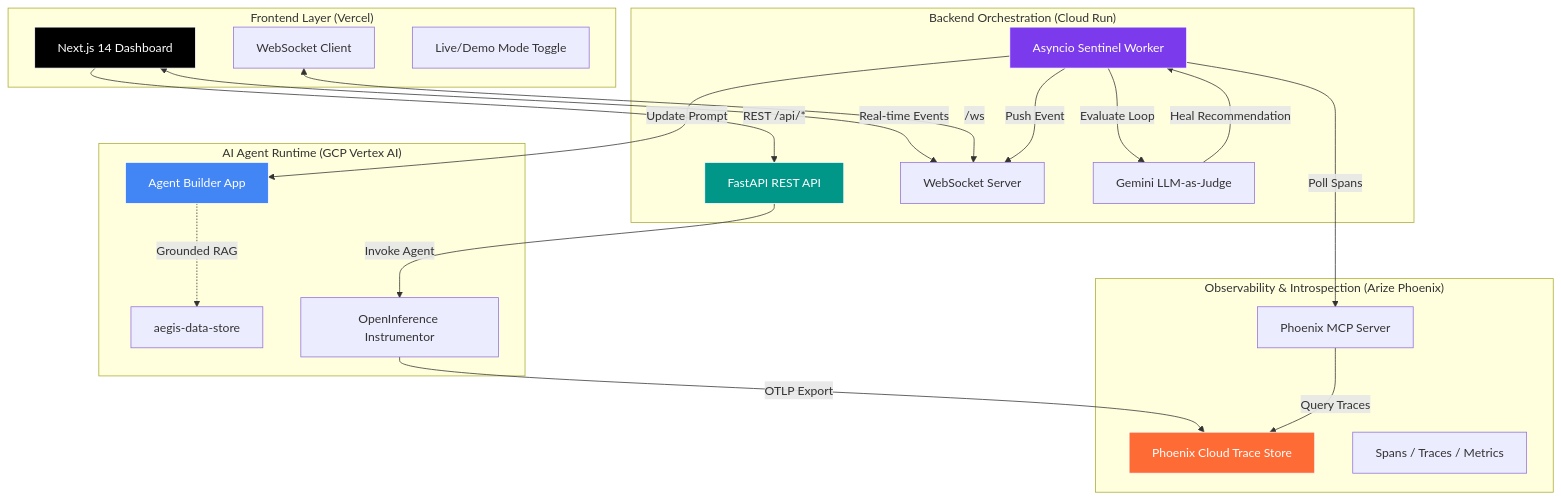
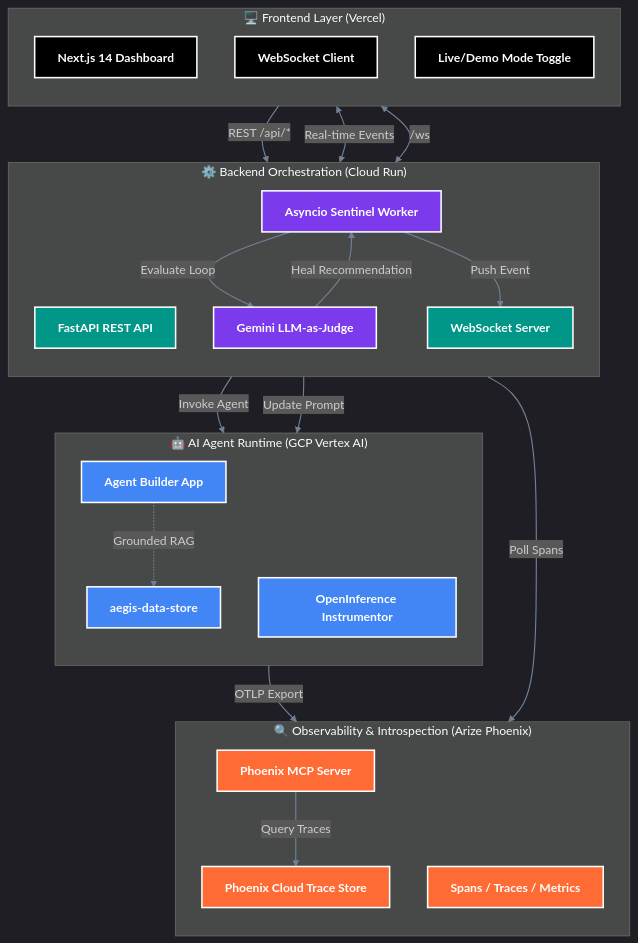
The diagram in README.md (AbhiMishra-Now/AEGIS), drawn with Mermaid before and after one commit.

Commit message:
Refactor system architecture diagram in README

````diff
--- a/README.md
+++ b/README.md
@@ -36,48 +36,55 @@
 ```mermaid
+%%{init: {'theme':'dark', 'themeVariables': { 'primaryColor': '#1a1a2e', 'secondaryColor': '#16213e', 'tertiaryColor': '#0f3460', 'fontFamily': 'Inter, system-ui, sans-serif', 'nodeBorder': '#4a5568', 'lineColor': '#718096' }}}%%
 graph TB
-    subgraph "Frontend Layer (Vercel)"
-        UI[Next.js 14 Dashboard]
-        WS_Client[WebSocket Client]
-        LiveToggle["Live/Demo Mode Toggle"]
+    classDef frontend fill:#000000,stroke:#ffffff,stroke-width:2px,color:#ffffff,font-weight:bold;
+    classDef backend fill:#009688,stroke:#ffffff,stroke-width:2px,color:#ffffff,font-weight:bold;
+    classDef agent fill:#4285F4,stroke:#ffffff,stroke-width:2px,color:#ffffff,font-weight:bold;
+    classDef phoenix fill:#FF6B35,stroke:#ffffff,stroke-width:2px,color:#ffffff,font-weight:bold;
+    classDef worker fill:#7C3AED,stroke:#ffffff,stroke-width:2px,color:#ffffff,font-weight:bold;
+
+    subgraph Frontend["🖥️ Frontend Layer (Vercel)"]
+        direction TB
+        UI[Next.js 14 Dashboard]:::frontend
+        WS_Client[WebSocket Client]:::frontend
+        LiveToggle["Live/Demo Mode Toggle"]:::frontend
     end
 
-    subgraph "Backend Orchestration (Cloud Run)"
-        API[FastAPI REST API]
-        WS_Server[WebSocket Server]
-        Worker[Asyncio Sentinel Worker]
-        Judge[Gemini LLM-as-Judge]
+    subgraph Backend["⚙️ Backend Orchestration (Cloud Run)"]
+        direction TB
+        API[FastAPI REST API]:::backend
+        WS_Server[WebSocket Server]:::backend
+        Worker[Asyncio Sentinel Worker]:::worker
+        Judge[Gemini LLM-as-Judge]:::worker
     end
 
-    subgraph "AI Agent Runtime (GCP Vertex AI)"
-        Agent[Agent Builder App]
-        DataStore[aegis-data-store]
-        Tracing[OpenInference Instrumentor]
+    subgraph AgentRuntime["🤖 AI Agent Runtime (GCP Vertex AI)"]
+        direction TB
+        Agent[Agent Builder App]:::agent
+        DataStore[aegis-data-store]:::agent
+        Tracing[OpenInference Instrumentor]:::agent
     end
 
-    subgraph "Observability & Introspection (Arize Phoenix)"
-        Phoenix[Phoenix Cloud Trace Store]
-        MCP[Phoenix MCP Server]
-        Spans[Spans / Traces / Metrics]
+    subgraph Observability["🔍 Observability & Introspection (Arize Phoenix)"]
+        direction TB
+        Phoenix[Phoenix Cloud Trace Store]:::phoenix
+        MCP[Phoenix MCP Server]:::phoenix
+        Spans[Spans / Traces / Metrics]:::phoenix
     end
 
     UI -->|"REST /api/*"| API
     UI <-->|"Real-time Events"| WS_Server
     WS_Client <-->|"/ws"| WS_Server
     
     API -->|"Invoke Agent"| Tracing
     Tracing -->|"OTLP Export"| Phoenix
     Agent -.->|"Grounded RAG"| DataStore
     
     Worker -->|"Poll Spans"| MCP
     MCP -->|"Query Traces"| Phoenix
     Worker -->|"Evaluate Loop"| Judge
     Judge -->|"Heal Recommendation"| Worker
     Worker -->|"Update Prompt"| Agent
     Worker -->|"Push Event"| WS_Server
 
-    style UI fill:#000,stroke:#fff,color:#fff
-    style API fill:#009688,stroke:#fff,color:#fff
-    style Agent fill:#4285F4,stroke:#fff,color:#fff
-    style Phoenix fill:#FF6B35,stroke:#fff,color:#fff
-    style Worker fill:#7C3AED,stroke:#fff,color:#fff
+    linkStyle default stroke:#718096,stroke-width:1.5px,fill:none;
 ```
````
